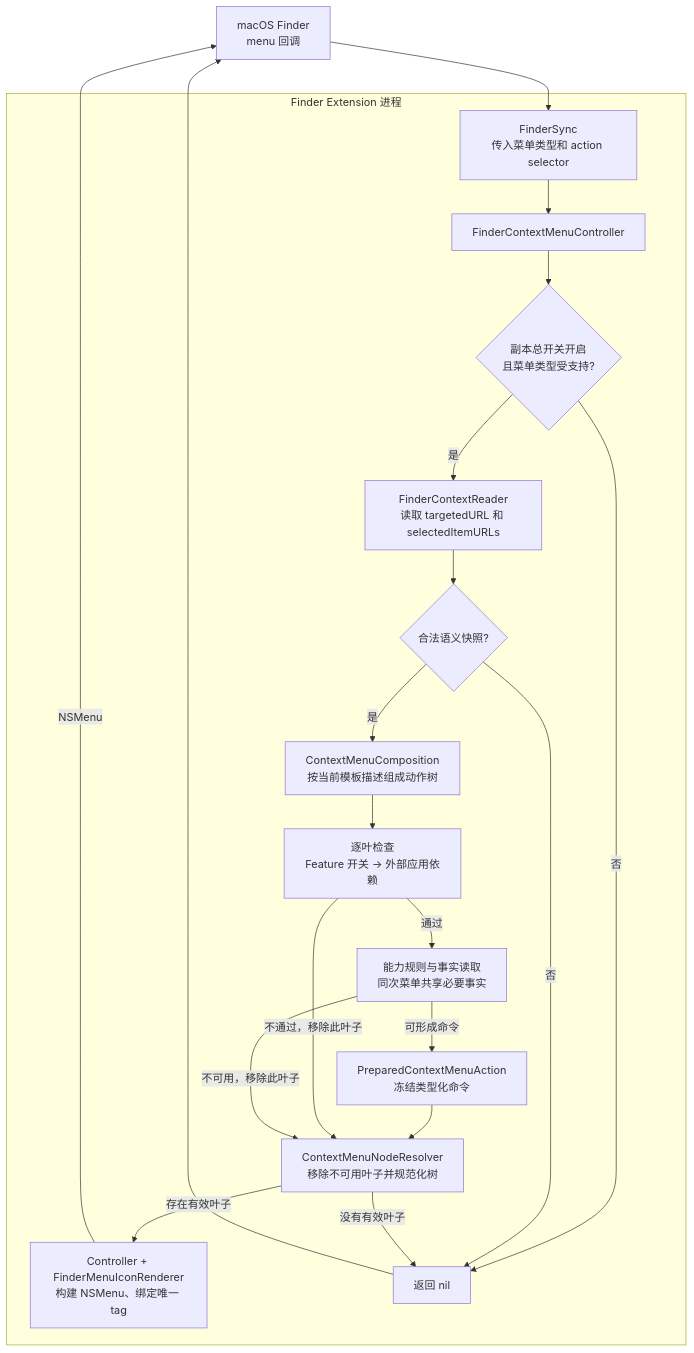
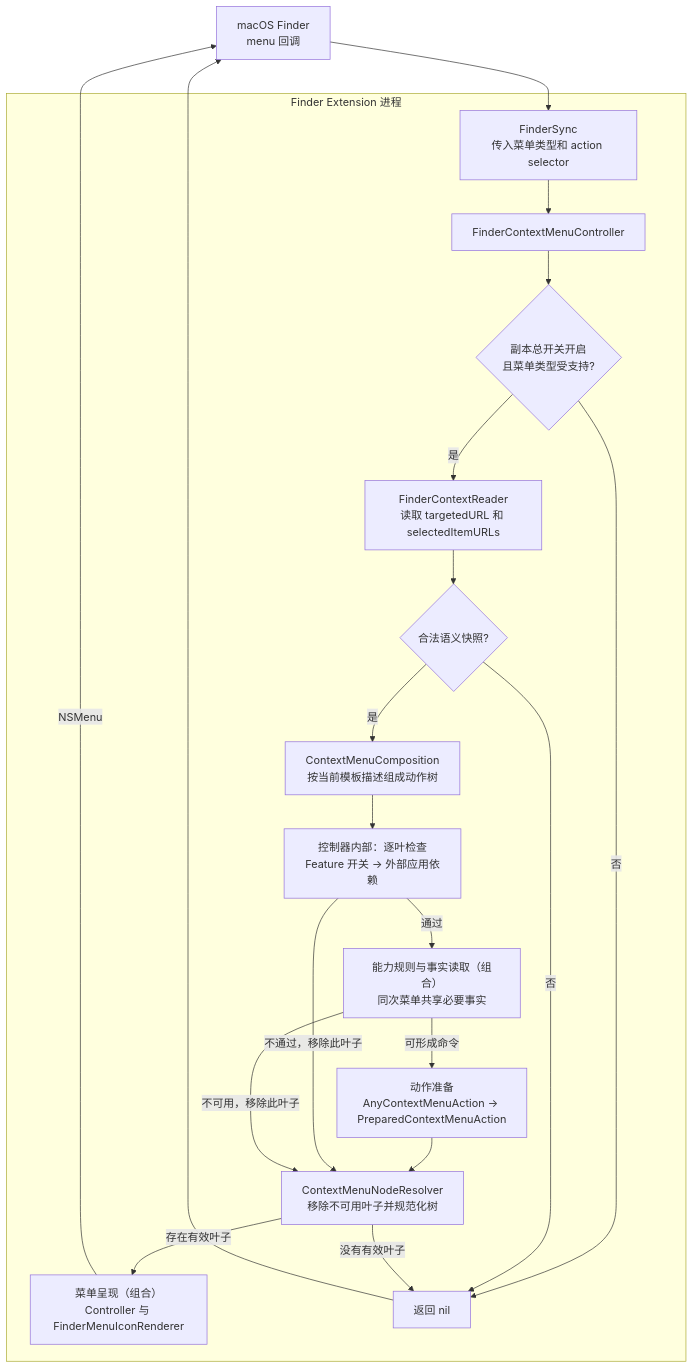
One commit to tlb-22/mac-tool-ecmenu changed the second of 4 diagrams in spec/Technical/Runtime/MenuExecution.md. Above: the diagram before and after it, drawn with Mermaid. The commit also changed other lines of this file and 38 other files, not shown here.

````diff
--- a/spec/Technical/Runtime/MenuExecution.md
+++ b/spec/Technical/Runtime/MenuExecution.md
@@ -44,32 +50,32 @@
 ```mermaid
 flowchart TB
     finder[macOS Finder<br/>menu 回调]
     subgraph ext[Finder Extension 进程]
         entry[FinderSync<br/>传入菜单类型和 action selector]
         controller[FinderContextMenuController]
         enabled{副本总开关开启<br/>且菜单类型受支持?}
         read[FinderContextReader<br/>读取 targetedURL 和 selectedItemURLs]
         valid{合法语义快照?}
         composition[ContextMenuComposition<br/>按当前模板描述组成动作树]
-        filter[逐叶检查<br/>Feature 开关 → 外部应用依赖]
-        facts[能力规则与事实读取<br/>同次菜单共享必要事实]
-        prepared[PreparedContextMenuAction<br/>冻结类型化命令]
+        filter[控制器内部：逐叶检查<br/>Feature 开关 → 外部应用依赖]
+        facts[能力规则与事实读取（组合）<br/>同次菜单共享必要事实]
+        prepared[动作准备<br/>AnyContextMenuAction → PreparedContextMenuAction]
         tree[ContextMenuNodeResolver<br/>移除不可用叶子并规范化树]
-        render[Controller + FinderMenuIconRenderer<br/>构建 NSMenu、绑定唯一 tag]
+        render[菜单呈现（组合）<br/>Controller 与 FinderMenuIconRenderer]
         none[返回 nil]
         entry --> controller --> enabled
         enabled -->|是| read --> valid
         enabled -->|否| none
         valid -->|是| composition --> filter
         valid -->|否| none
         filter -->|通过| facts
         facts -->|可形成命令| prepared --> tree
         filter -->|不通过，移除此叶子| tree
         facts -->|不可用，移除此叶子| tree
         tree -->|存在有效叶子| render
         tree -->|没有有效叶子| none
     end
     finder --> entry
     render -->|NSMenu| finder
     none --> finder
 ```
````
